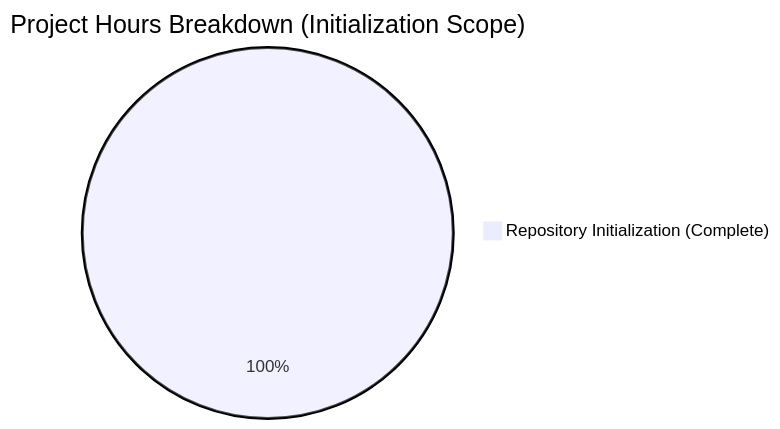
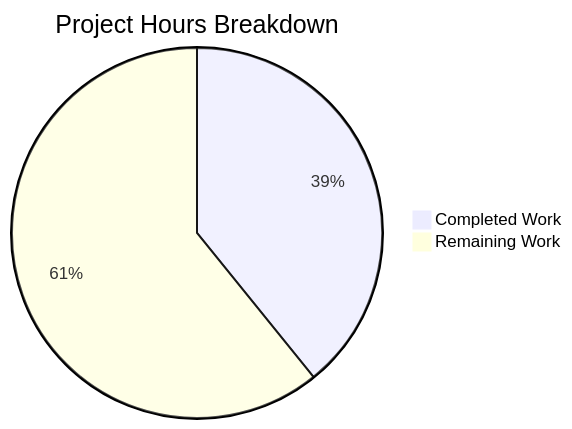
Before and after one commit to ankit-blitzy/test-repo: the diagram in blitzy/documentation/Project Guide.md, drawn with Mermaid. The commit also changed other lines of this file, not shown here.

Commit message:
Adding Blitzy Project Guide: Project Status and Human Tasks Remaining

````diff
--- a/blitzy/documentation/Project Guide.md
+++ b/blitzy/documentation/Project Guide.md
@@ -110,4 +52,5 @@
 ```mermaid
-pie title Project Hours Breakdown (Initialization Scope)
-    "Repository Initialization (Complete)" : 1
+pie title Project Hours Breakdown
+    "Completed Work" : 47
+    "Remaining Work" : 73
 ```
````
